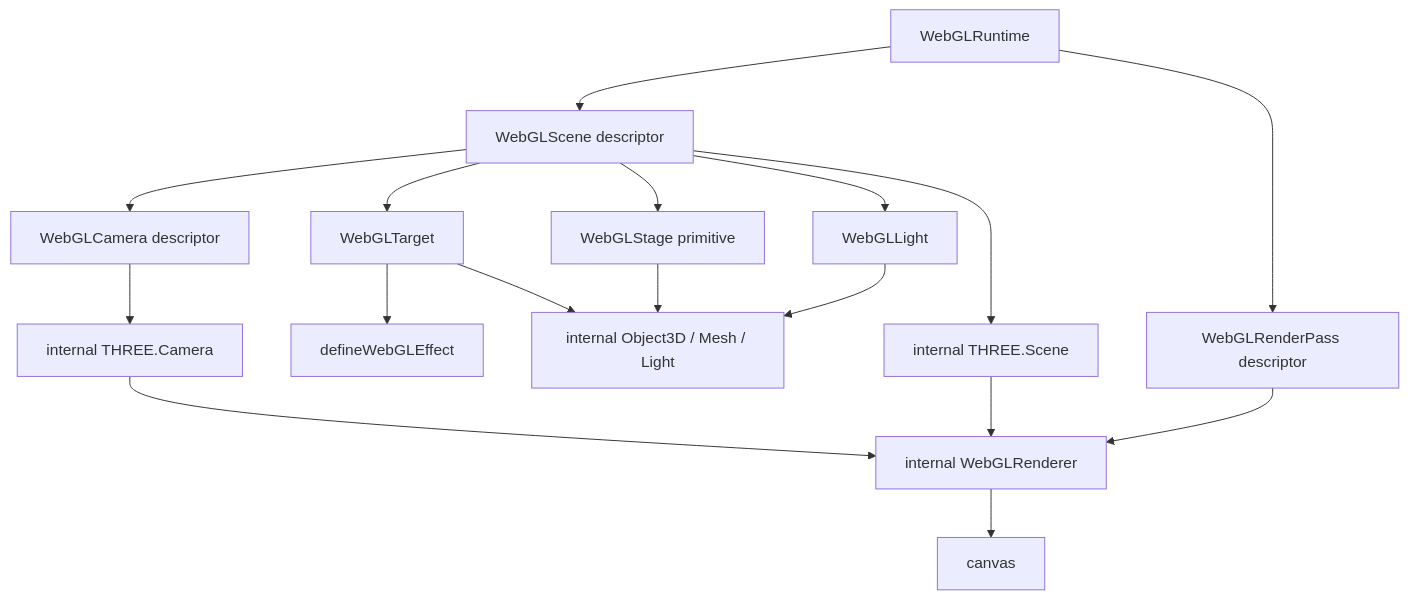
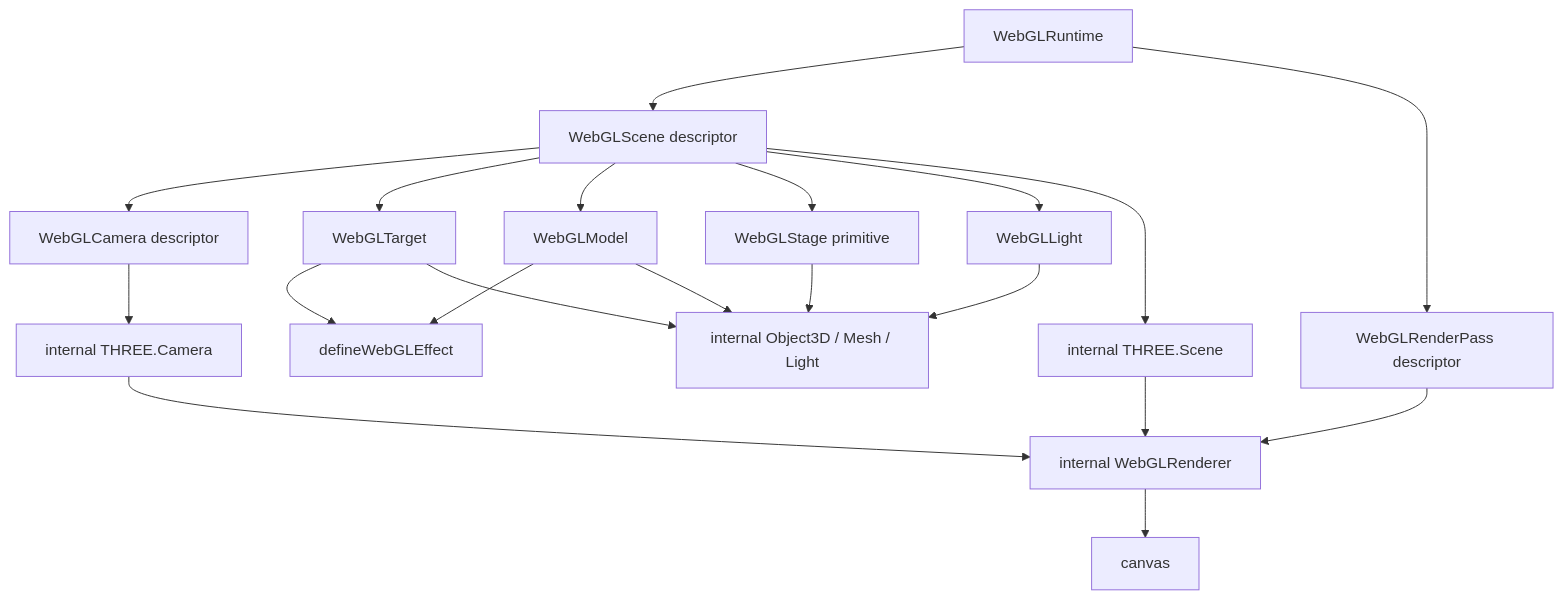
The first of 2 diagrams in docs/roadmap/managed-render-system.md (agenticnoob/dom-webgl-workspace), drawn with Mermaid before and after one commit. The commit also changed other lines of this file and 1 other file, not shown here.

Commit message:
docs: clarify DOM-first managed render roadmap

````diff
--- a/docs/roadmap/managed-render-system.md
+++ b/docs/roadmap/managed-render-system.md
@@ -194,35 +304,39 @@
 ```mermaid
 flowchart TD
   Runtime["WebGLRuntime"]
   Scene["WebGLScene descriptor"]
   Camera["WebGLCamera descriptor"]
   Pass["WebGLRenderPass descriptor"]
   Target["WebGLTarget"]
+  Model["WebGLModel"]
   Stage["WebGLStage primitive"]
   Light["WebGLLight"]
   Effect["defineWebGLEffect"]
 
   InternalScene["internal THREE.Scene"]
   InternalCamera["internal THREE.Camera"]
   InternalObject["internal Object3D / Mesh / Light"]
   Renderer["internal WebGLRenderer"]
   Canvas["canvas"]
 
   Runtime --> Scene
   Runtime --> Pass
   Scene --> Camera
   Scene --> Target
+  Scene --> Model
   Scene --> Stage
   Scene --> Light
   Target --> Effect
+  Model --> Effect
 
   Scene --> InternalScene
   Camera --> InternalCamera
   Target --> InternalObject
+  Model --> InternalObject
   Stage --> InternalObject
   Light --> InternalObject
   Pass --> Renderer
   InternalScene --> Renderer
   InternalCamera --> Renderer
   Renderer --> Canvas
 ```
````
